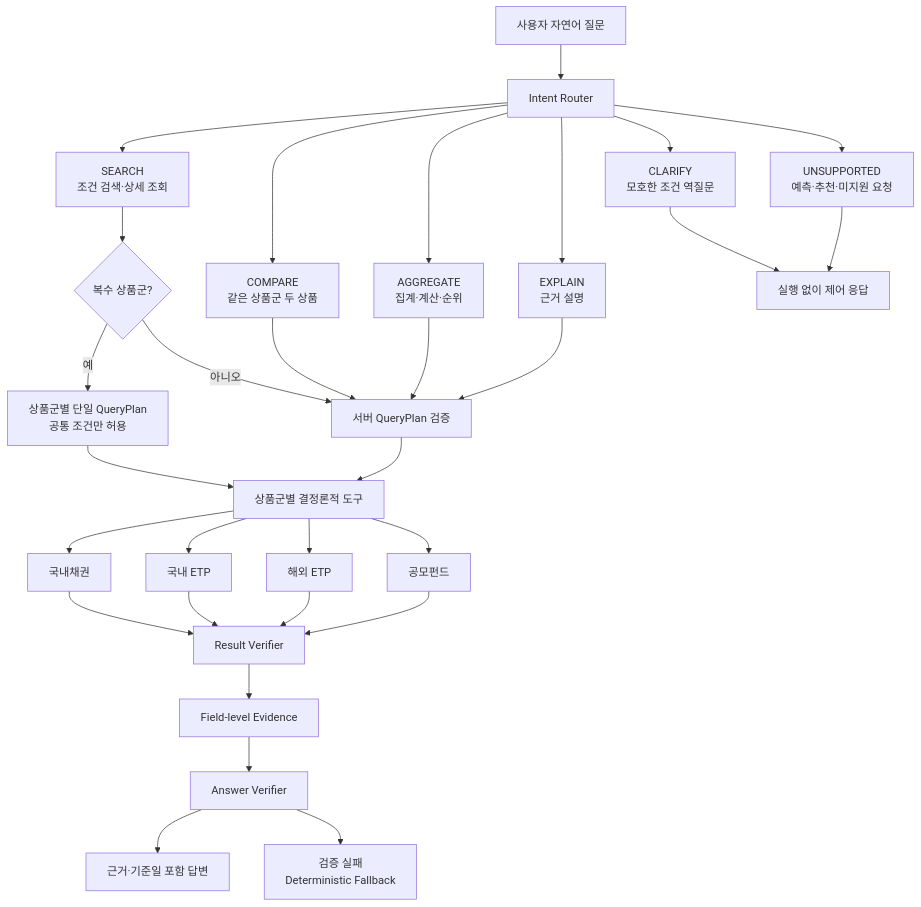
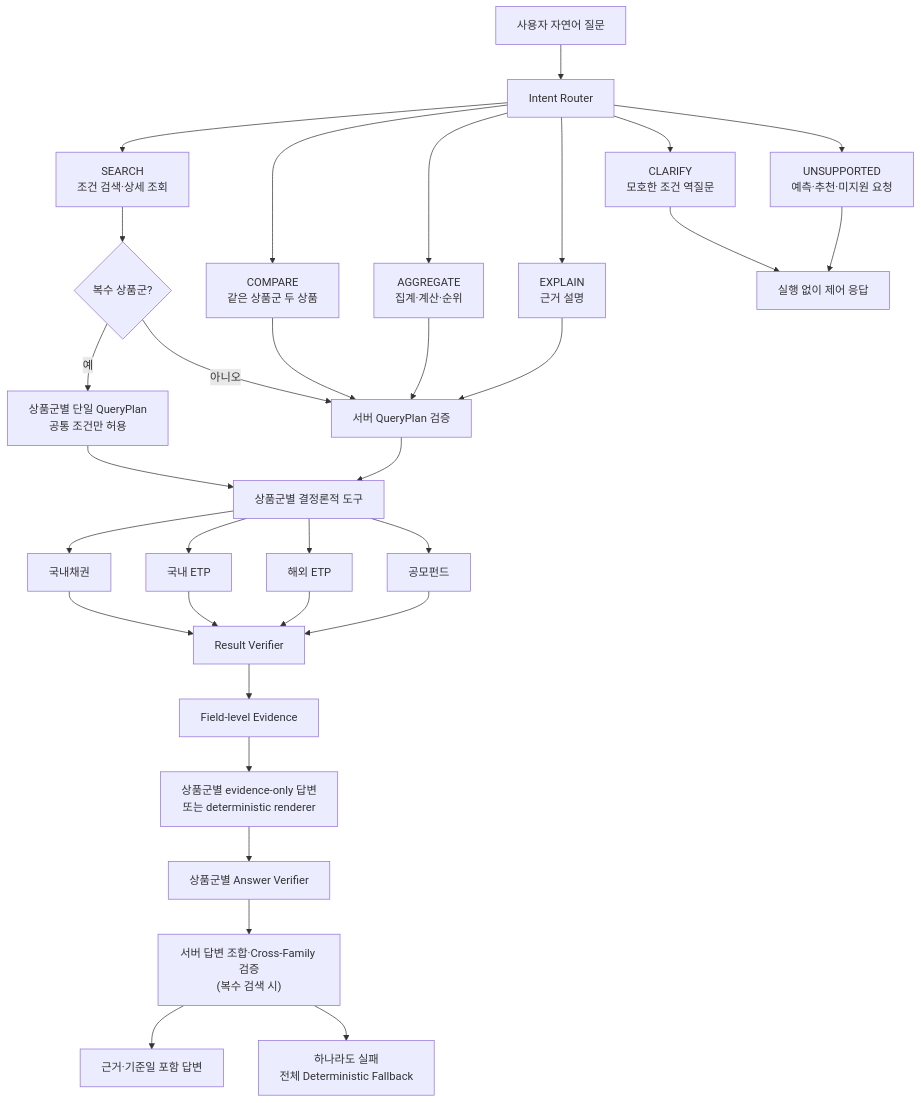
The diagram in docs/proposal/diagrams/answer-flow.md (Hyunhoim/gaeng3), drawn with Mermaid before and after one commit. The commit also changed other lines of this file and 4 other files, not shown here.

````diff
--- a/docs/proposal/diagrams/answer-flow.md
+++ b/docs/proposal/diagrams/answer-flow.md
@@ -7,38 +7,40 @@
 ```mermaid
 flowchart TD
     Q["사용자 자연어 질문"] --> R["Intent Router"]
 
     R --> S["SEARCH<br/>조건 검색·상세 조회"]
     R --> C["COMPARE<br/>같은 상품군 두 상품"]
     R --> A["AGGREGATE<br/>집계·계산·순위"]
     R --> E["EXPLAIN<br/>근거 설명"]
     R --> CL["CLARIFY<br/>모호한 조건 역질문"]
     R --> U["UNSUPPORTED<br/>예측·추천·미지원 요청"]
 
     S --> MF{"복수 상품군?"}
     MF -->|"아니오"| P["서버 QueryPlan 검증"]
     MF -->|"예"| MP["상품군별 단일 QueryPlan<br/>공통 조건만 허용"]
     MP --> T
     C --> P
     A --> P
     E --> P
 
     P --> T["상품군별 결정론적 도구"]
     T --> B["국내채권"]
     T --> DE["국내 ETP"]
     T --> OE["해외 ETP"]
     T --> F["공모펀드"]
 
     B --> V["Result Verifier"]
     DE --> V
     OE --> V
     F --> V
 
     V --> EV["Field-level Evidence"]
-    EV --> AV["Answer Verifier"]
-    AV --> OK["근거·기준일 포함 답변"]
-    AV --> FB["검증 실패<br/>Deterministic Fallback"]
+    EV --> FA["상품군별 evidence-only 답변<br/>또는 deterministic renderer"]
+    FA --> AV["상품군별 Answer Verifier"]
+    AV --> XF["서버 답변 조합·Cross-Family 검증<br/>(복수 검색 시)"]
+    XF --> OK["근거·기준일 포함 답변"]
+    XF --> FB["하나라도 실패<br/>전체 Deterministic Fallback"]
 
     CL --> CONTROL["실행 없이 제어 응답"]
     U --> CONTROL
 ```
````
